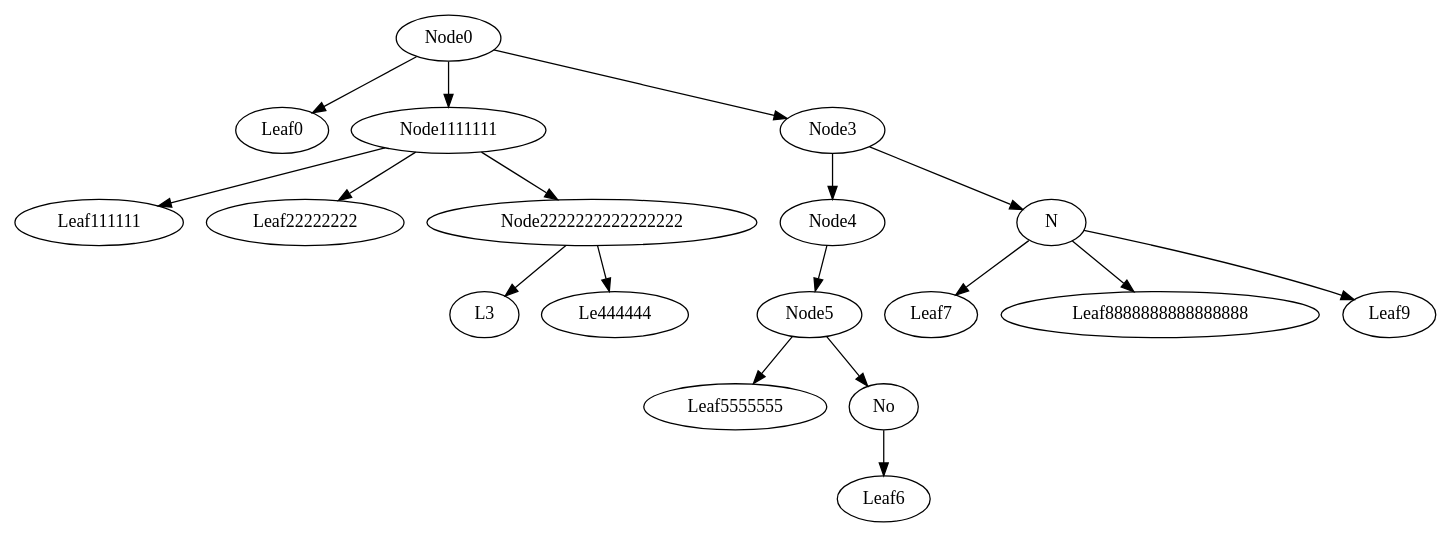
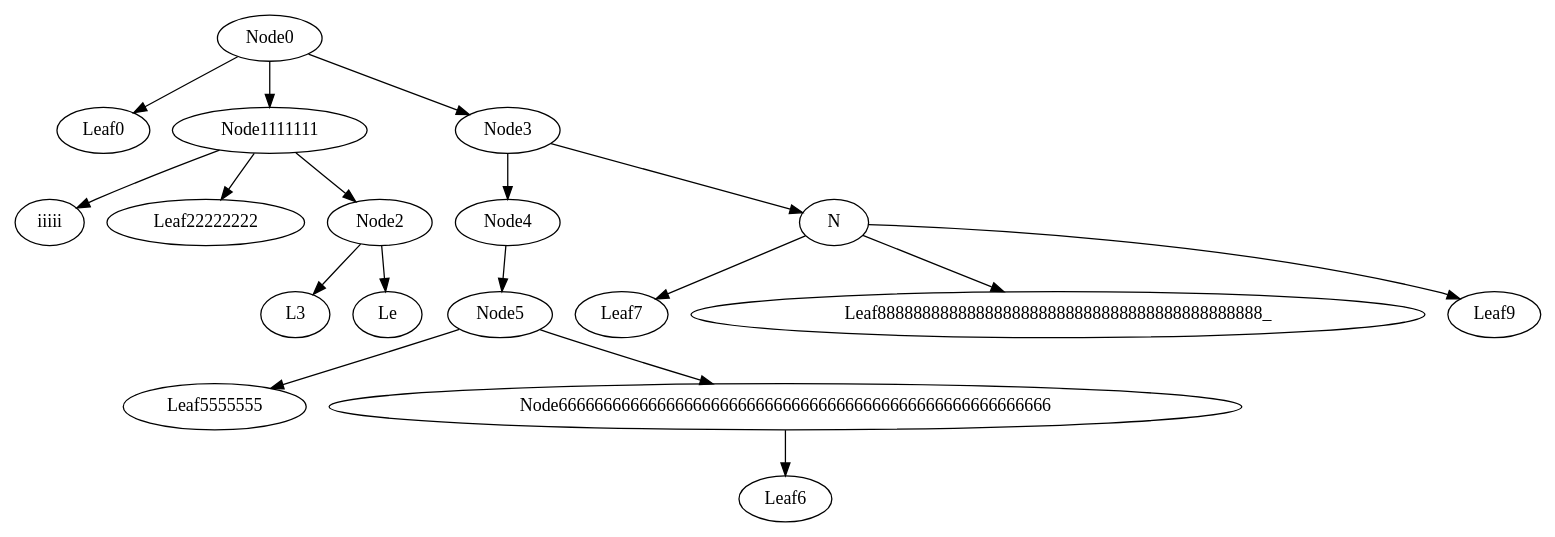
The diagram in tree.dot (ArAram/arboviz), drawn with Graphviz before and after one commit. The commit also changed 3 other files, not shown here.

```diff
--- a/tree.dot
+++ b/tree.dot
@@ -1,38 +1,38 @@
 digraph G {
 graph [ordering="out"]
-0 [label="Node0" pos="9.200000,5.000000!"]
-1 [label="Leaf0" pos="2.000000,4.000000!"]
-2 [label="Node1111111" pos="6.300000,4.000000!"]
-3 [label="Leaf111111" pos="4.000000,3.000000!"]
-4 [label="Leaf22222222" pos="6.000000,3.000000!"]
-5 [label="Node2222222222222222" pos="8.600000,3.000000!"]
-6 [label="L3" pos="7.600000,2.000000!"]
-7 [label="Le444444" pos="9.600000,2.000000!"]
-8 [label="Node3" pos="16.400000,4.000000!"]
-9 [label="Node4" pos="13.600000,3.000000!"]
-10 [label="Node5" pos="13.600000,2.000000!"]
-11 [label="Leaf5555555" pos="12.600000,1.000000!"]
-12 [label="No" pos="14.600000,1.000000!"]
-13 [label="Leaf6" pos="14.600000,0.000000!"]
-14 [label="N" pos="19.200000,3.000000!"]
-15 [label="Leaf7" pos="16.600000,2.000000!"]
-16 [label="Leaf8888888888888888" pos="19.200000,2.000000!"]
-17 [label="Leaf9" pos="21.800000,2.000000!"]
+0 [label="Node0" pos="6.310000,5.000000!"]
+1 [label="Leaf0" pos="0.800000,4.000000!"]
+2 [label="Node1111111" pos="3.040000,4.000000!"]
+3 [label="iiiii" pos="1.680000,3.000000!"]
+4 [label="Leaf22222222" pos="3.040000,3.000000!"]
+5 [label="Node2" pos="4.400000,3.000000!"]
+6 [label="L3" pos="4.240000,2.000000!"]
+7 [label="Le" pos="4.560000,2.000000!"]
+8 [label="Node3" pos="11.820000,4.000000!"]
+9 [label="Node4" pos="8.960000,3.000000!"]
+10 [label="Node5" pos="8.960000,2.000000!"]
+11 [label="Leaf5555555" pos="6.160000,1.000000!"]
+12 [label="Node6666666666666666666666666666666666666666666666666666666" pos="11.760000,1.000000!"]
+13 [label="Leaf6" pos="11.760000,0.000000!"]
+14 [label="N" pos="14.680000,3.000000!"]
+15 [label="Leaf7" pos="10.440000,2.000000!"]
+16 [label="Leaf8888888888888888888888888888888888888888888_" pos="14.680000,2.000000!"]
+17 [label="Leaf9" pos="18.920000,2.000000!"]
 0->1;
 0->2;
 2->3;
 2->4;
 2->5;
 5->6;
 5->7;
 0->8;
 8->9;
 9->10;
 10->11;
 10->12;
 12->13;
 8->14;
 14->15;
 14->16;
 14->17;
 }
```
